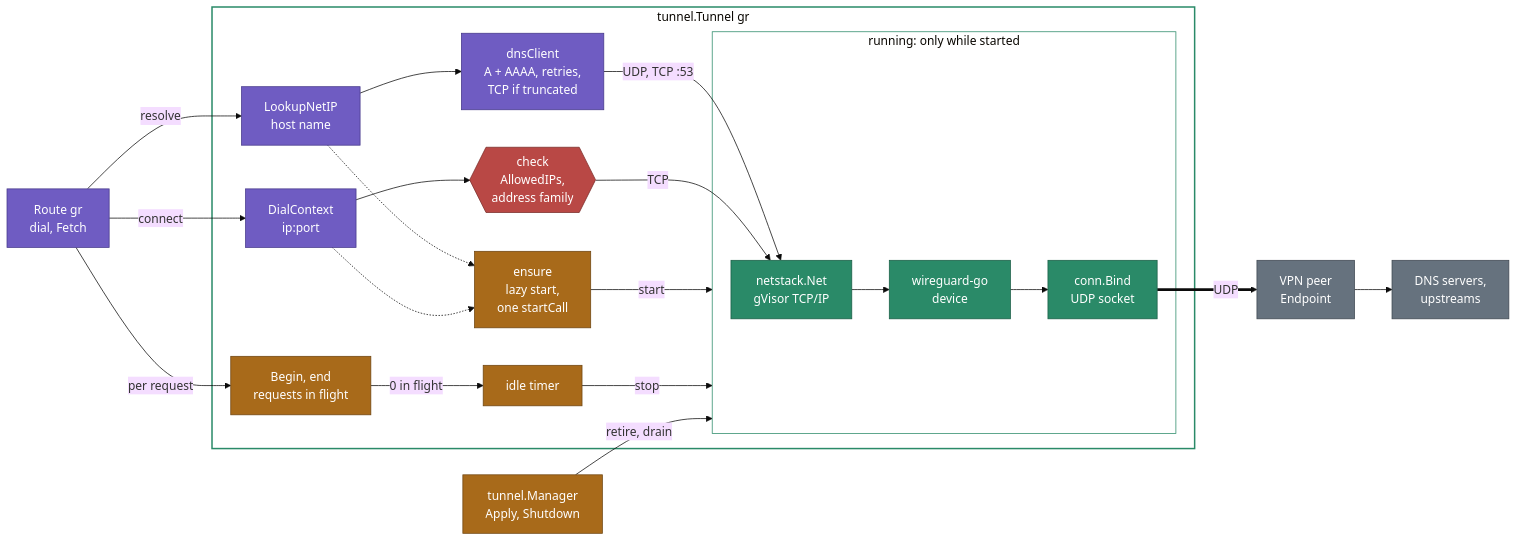
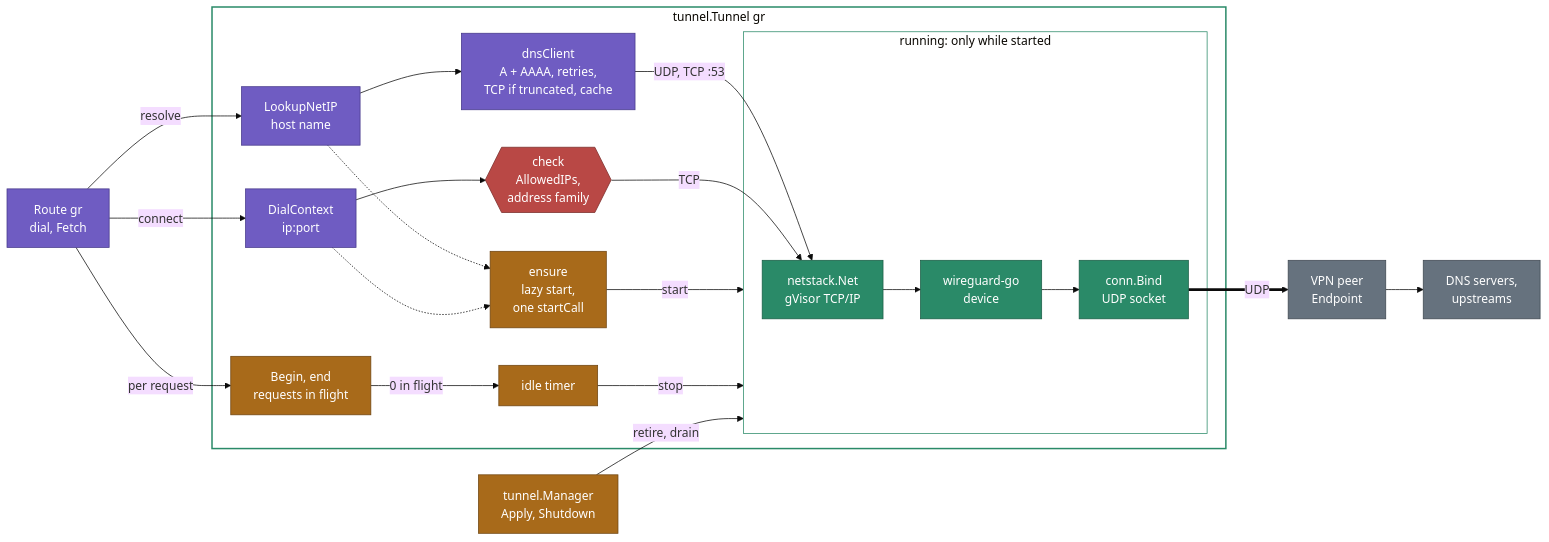
Before and after one commit to KingOfKalk/wg-stream-proxy: diagram 12 of 17 in docs/architecture.md, drawn with Mermaid (base theme). The commit also changed other lines of this file and 5 other files, not shown here.

Commit message:
perf(tunnel): cache tunnel DNS answers and ask all DNS servers first (#78)

````diff
--- a/docs/architecture.md
+++ b/docs/architecture.md
@@ -626,43 +626,43 @@
 ```mermaid
 flowchart LR
     route["Route gr<br/>dial, Fetch"]:::proxy
 
     subgraph tun["tunnel.Tunnel gr"]
         look["LookupNetIP<br/>host name"]:::proxy
         dialc["DialContext<br/>ip:port"]:::proxy
-        dns["dnsClient<br/>A + AAAA, retries,<br/>TCP if truncated"]:::proxy
+        dns["dnsClient<br/>A + AAAA, retries,<br/>TCP if truncated, cache"]:::proxy
         chk{{"check<br/>AllowedIPs,<br/>address family"}}:::guard
         act["Begin, end<br/>requests in flight"]:::ctl
         ens["ensure<br/>lazy start,<br/>one startCall"]:::ctl
         idle["idle timer"]:::ctl
         subgraph run["running: only while started"]
             ns["netstack.Net<br/>gVisor TCP/IP"]:::tunnel
             dev["wireguard-go<br/>device"]:::tunnel
             bind["conn.Bind<br/>UDP socket"]:::tunnel
         end
     end
     mgr["tunnel.Manager<br/>Apply, Shutdown"]:::ctl
     peer["VPN peer<br/>Endpoint"]:::inet
     up["DNS servers,<br/>upstreams"]:::inet
 
     route -- "resolve" --> look --> dns
     route -- "connect" --> dialc --> chk
     dns -- "UDP, TCP :53" --> ns
     chk -- "TCP" --> ns
     ns --> dev --> bind
     bind == "UDP" ==> peer --> up
     route -- "per request" --> act
     act -- "0 in flight" --> idle
     look & dialc -.-> ens
     ens -- "start" --> run
     idle -- "stop" --> run
     mgr -- "retire, drain" --> run
 
     classDef proxy fill:#6f5cc2,stroke:#46398a,color:#ffffff
     classDef tunnel fill:#2a8a68,stroke:#1a5e46,color:#ffffff
     classDef ctl fill:#a86a1a,stroke:#6e4511,color:#ffffff
     classDef inet fill:#66727e,stroke:#3f4851,color:#ffffff
     classDef guard fill:#b94845,stroke:#7a2c2a,color:#ffffff
     style tun fill:none,stroke:#2a8a68,stroke-width:2px
     style run fill:none,stroke:#2a8a68,stroke-width:1px
 ```
````
